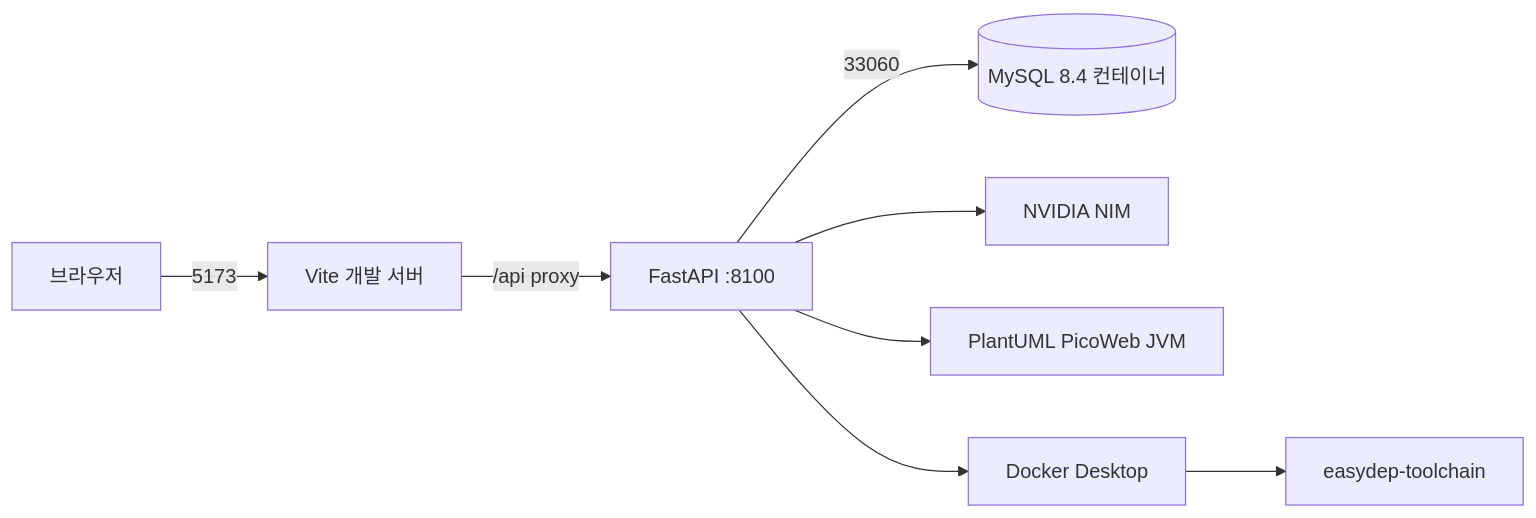
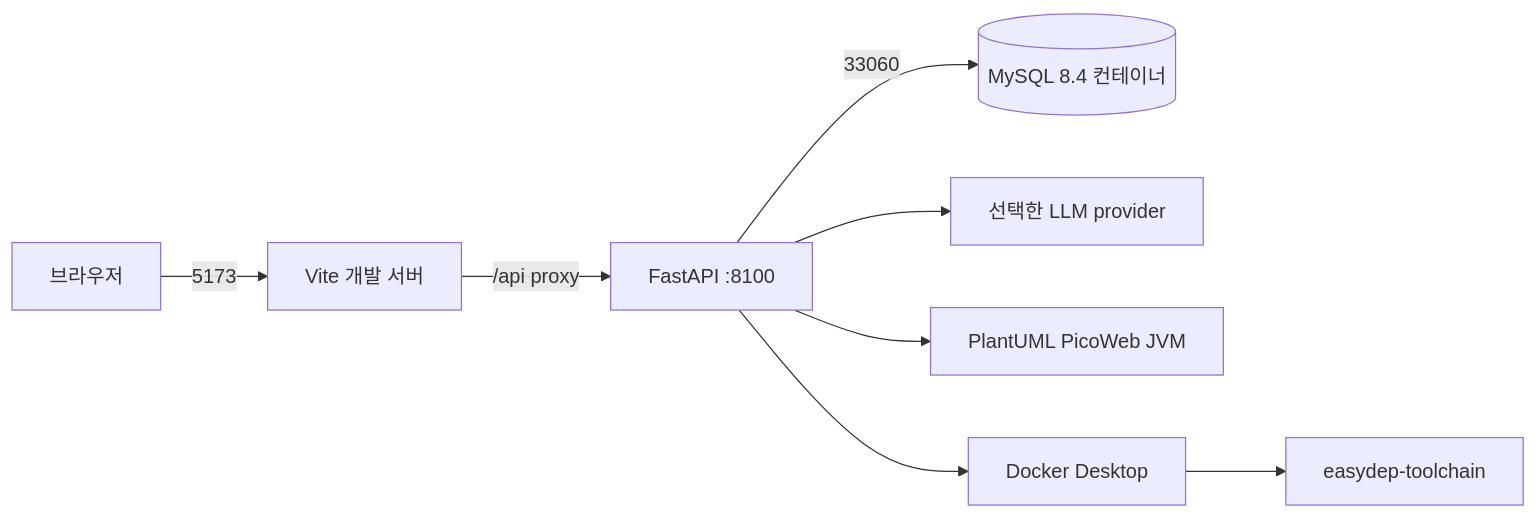
Before and after one commit to PNU-capstone-2026-17/easydep: the second of 2 diagrams in docs/current-system-status.md, drawn with Mermaid. The commit also changed other lines of this file and 24 other files, not shown here.

Commit message:
refactor: unify llm provider configuration

````diff
--- a/docs/current-system-status.md
+++ b/docs/current-system-status.md
@@ -63,10 +63,10 @@
 ```mermaid
 flowchart LR
     B[브라우저] -->|5173| V[Vite 개발 서버]
     V -->|/api proxy| F[FastAPI :8100]
     F -->|33060| M[(MySQL 8.4 컨테이너)]
-    F --> N[NVIDIA NIM]
+    F --> N[선택한 LLM provider]
     F --> P[PlantUML PicoWeb JVM]
     F --> D[Docker Desktop]
     D --> IT[easydep-toolchain]
 ```
````
